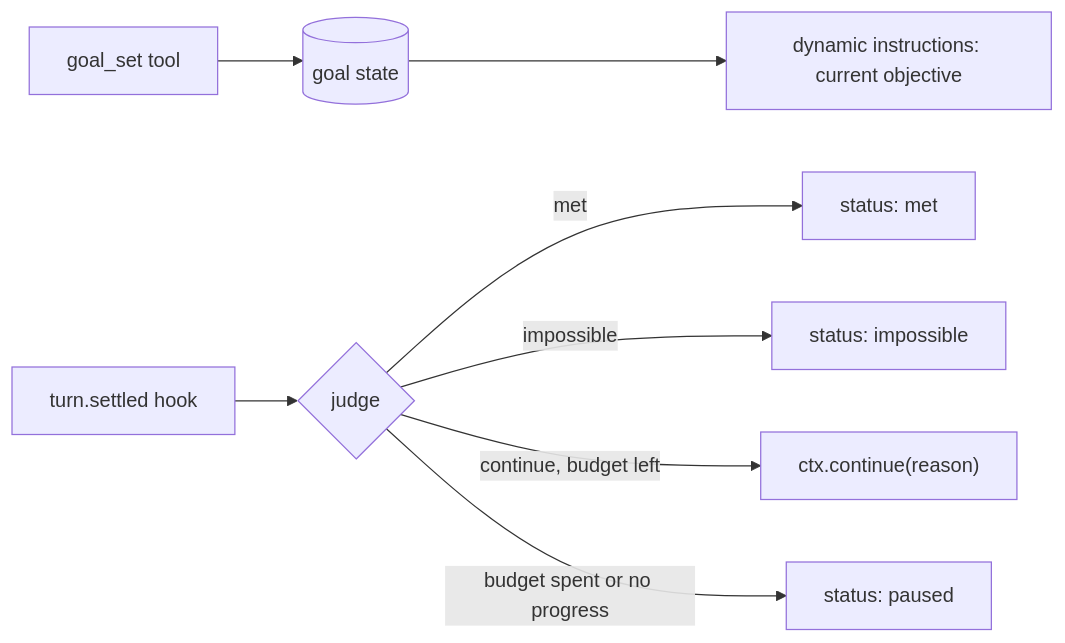
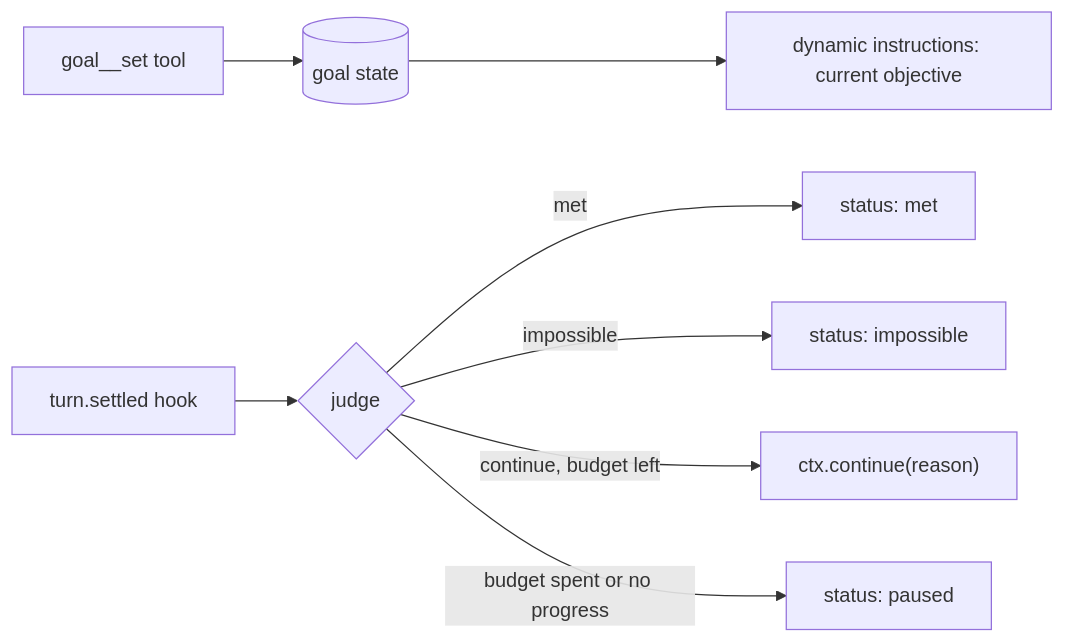
One commit to vercel/eve changed the diagram in research/session-goals.md. Above: the diagram before and after it, drawn with Mermaid. The commit also changed other lines of this file, not shown here.

First line of the commit message:
docs(research): scope goal continuation to the next turn and add sketches

````diff
--- a/research/session-goals.md
+++ b/research/session-goals.md
@@ -66,10 +93,10 @@
 ```mermaid
 flowchart LR
-  Set["goal_set tool"] --> State[("goal state")]
+  Set["goal__set tool"] --> State[("goal state")]
   State --> Instr["dynamic instructions: current objective"]
   Turn["turn.settled hook"] --> Judge{"judge"}
   Judge -->|met| Done["status: met"]
   Judge -->|impossible| Failed["status: impossible"]
   Judge -->|continue, budget left| Cont["ctx.continue(reason)"]
   Judge -->|budget spent or no progress| Paused["status: paused"]
 ```
````
